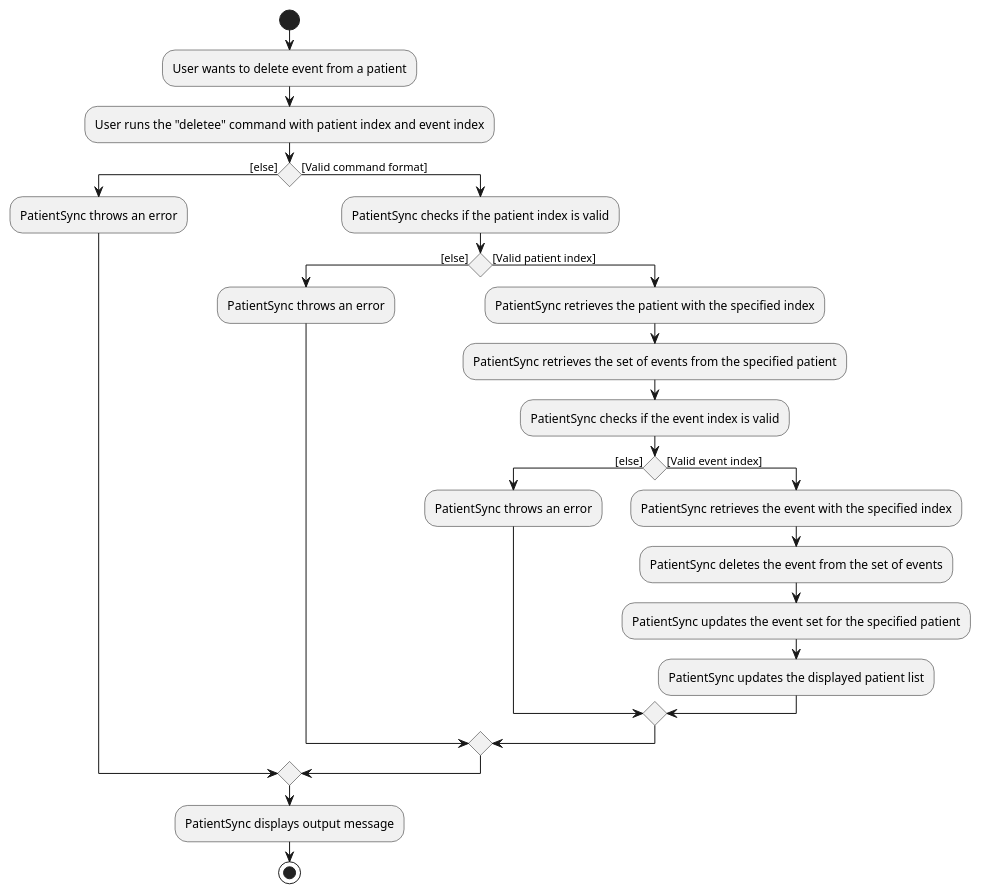
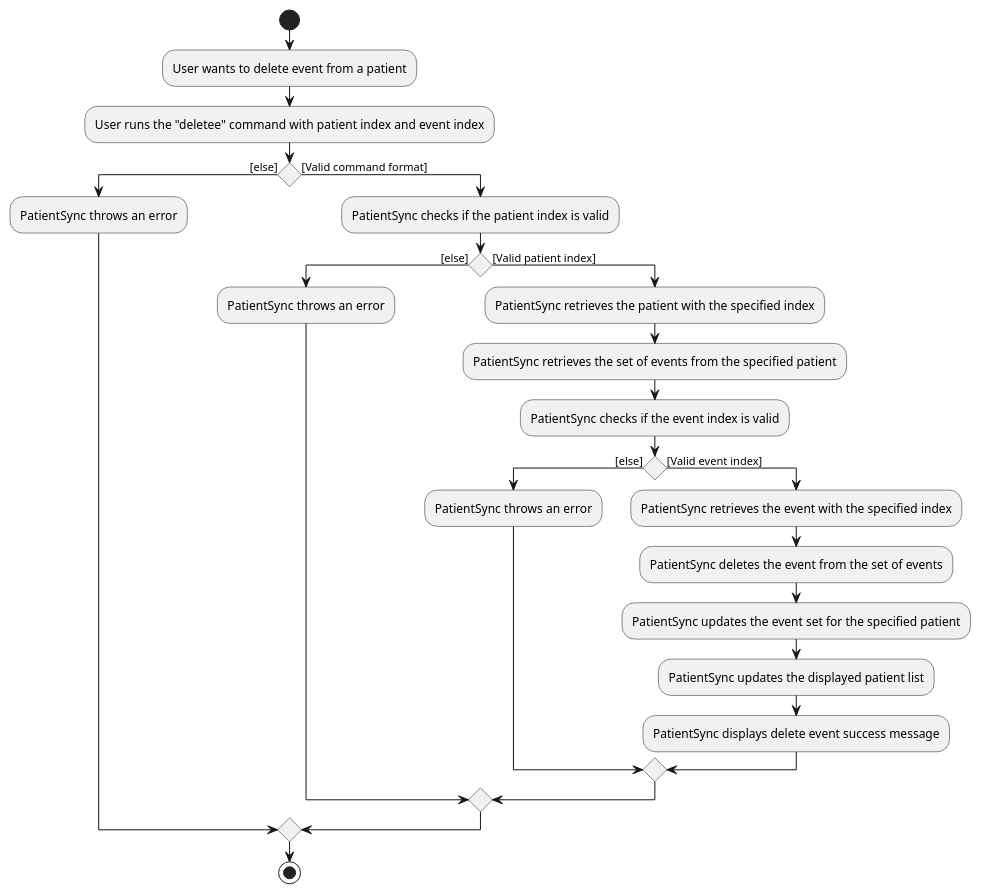
One commit to NeoHW/tp changed the diagram in diagrams/DeleteEventActivityDiagram.puml. Above: the diagram before and after it, drawn with PlantUML. The commit also changed 74 other files, not shown here.

```diff
--- a/diagrams/DeleteEventActivityDiagram.puml
+++ b/diagrams/DeleteEventActivityDiagram.puml
@@ -1,27 +1,27 @@
 @startuml
 start
 :User wants to delete event from a patient;
 :User runs the "deletee" command with patient index and event index;
 if () then ([else])
     :PatientSync throws an error;
 else ([Valid command format])
     :PatientSync checks if the patient index is valid;
     if () then ([else])
         :PatientSync throws an error;
     else ([Valid patient index])
         :PatientSync retrieves the patient with the specified index;
         :PatientSync retrieves the set of events from the specified patient;
         :PatientSync checks if the event index is valid;
         if () then ([else])
             :PatientSync throws an error;
         else ([Valid event index])
             :PatientSync retrieves the event with the specified index;
             :PatientSync deletes the event from the set of events;
             :PatientSync updates the event set for the specified patient;
             :PatientSync updates the displayed patient list;
+            :PatientSync displays delete event success message;
         endif
     endif
 endif
-:PatientSync displays output message;
 stop
 @enduml
```
